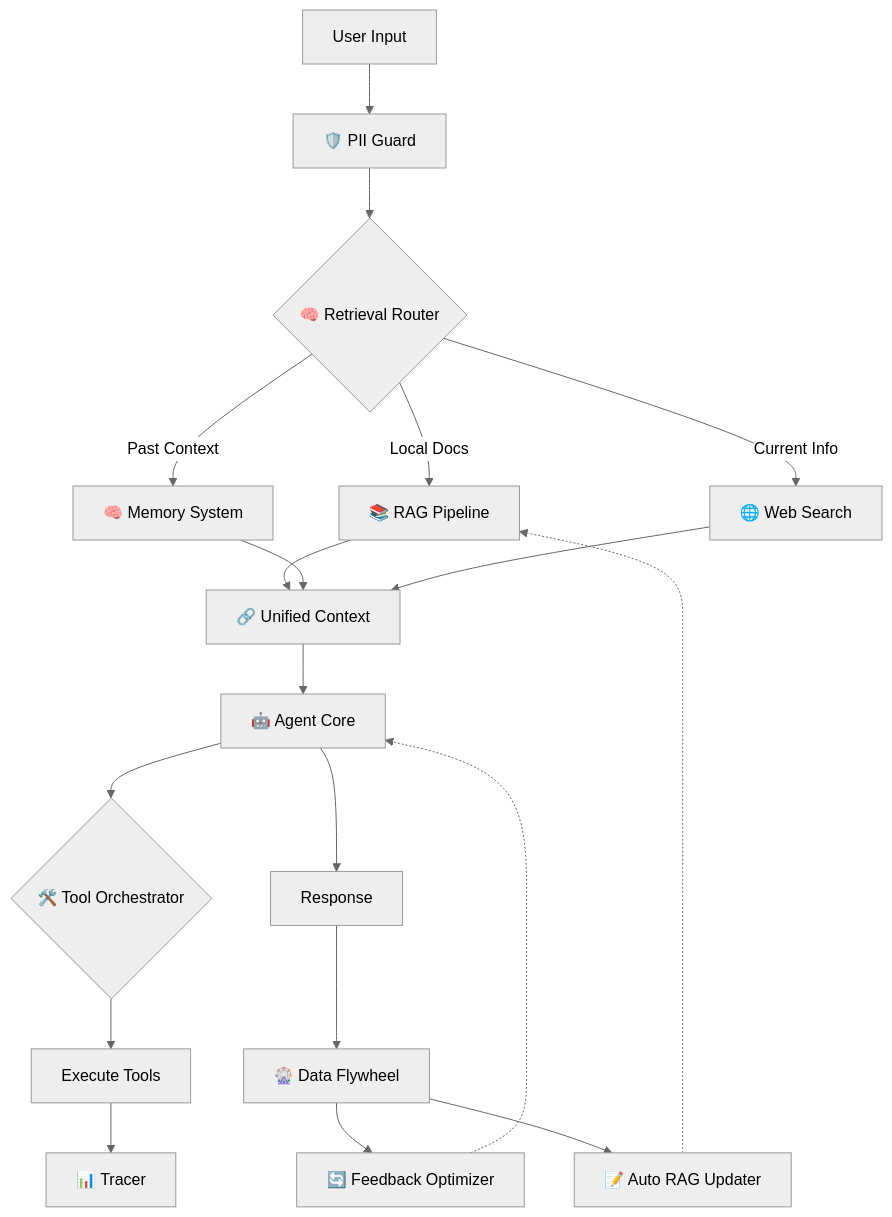
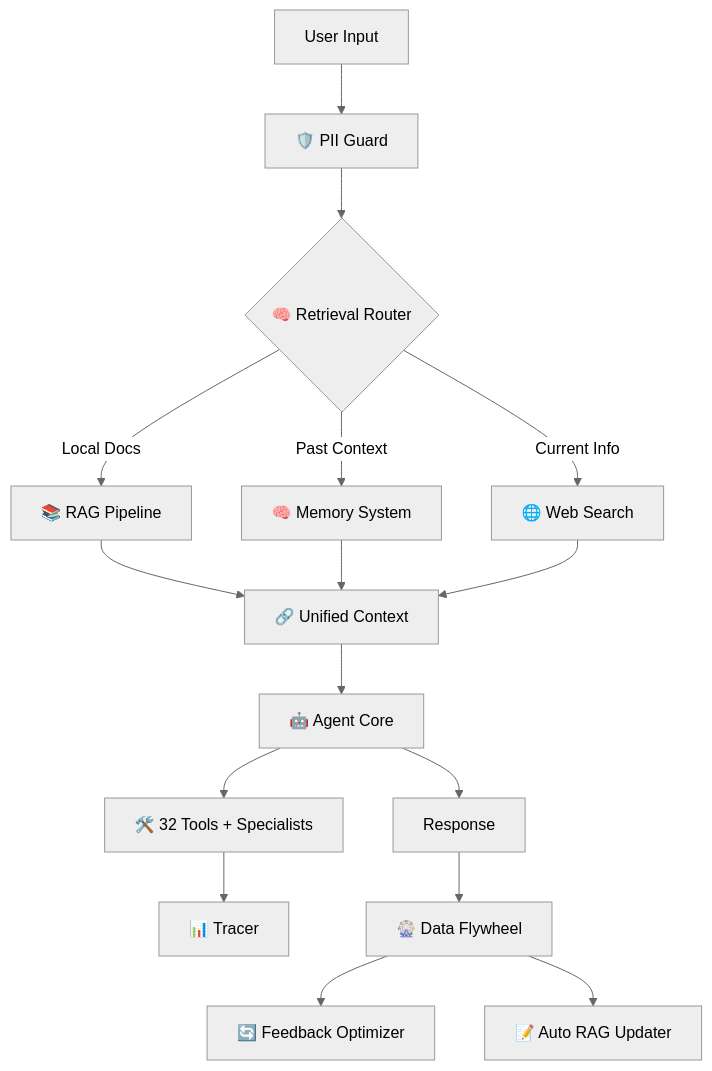
One commit to caser-legal/nvidia-cli changed the first of 2 diagrams in README.md. Above: the diagram before and after it, drawn with Mermaid (neutral theme). The commit also changed other lines of this file and 27 other files, not shown here.

````diff
--- a/README.md
+++ b/README.md
@@ -659,26 +332,22 @@
 ```mermaid
 flowchart TD
     User[User Input] --> PIIGuard[🛡️ PII Guard]
     PIIGuard --> Router{🧠 Retrieval Router}
     
     Router -->|Local Docs| RAG[📚 RAG Pipeline]
     Router -->|Past Context| Memory[🧠 Memory System]
     Router -->|Current Info| Search[🌐 Web Search]
     
     RAG & Memory & Search --> UnifiedContext[🔗 Unified Context]
     
     UnifiedContext --> Agent[🤖 Agent Core]
     
-    Agent --> ToolOrchestrator{🛠️ Tool Orchestrator}
-    ToolOrchestrator --> Tools[Execute Tools]
+    Agent --> Tools[🛠️ 32 Tools + Specialists]
     Tools --> Tracer[📊 Tracer]
     
     Agent --> Output[Response]
     
     Output --> Flywheel[🎡 Data Flywheel]
     Flywheel --> FeedbackOptimizer[🔄 Feedback Optimizer]
     Flywheel --> AutoRAG[📝 Auto RAG Updater]
-    
-    FeedbackOptimizer -.-> Agent
-    AutoRAG -.-> RAG
 ```
````
